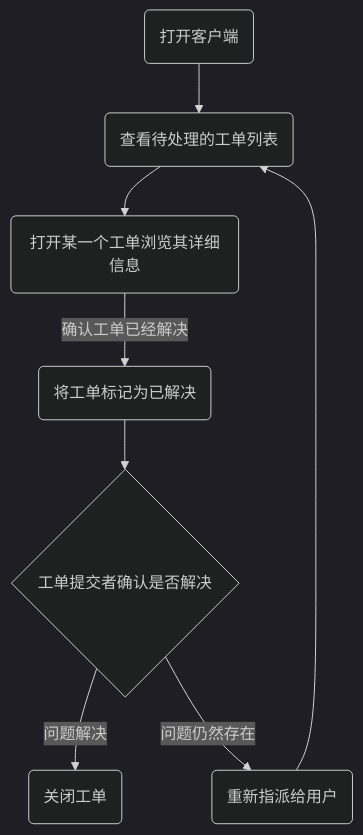
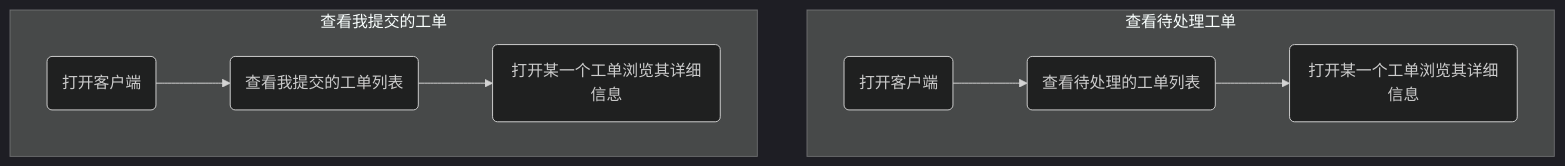
Before and after one commit to Pylogmon/committer: the third of 3 diagrams in docs/需求分析.md, drawn with Mermaid (dark theme). The commit also changed other lines of this file, not shown here.

Commit message:
docs: 更新需求文档

````diff
--- a/docs/需求分析.md
+++ b/docs/需求分析.md
@@ -100,10 +100,11 @@
 ```mermaid
 graph TB
-  start1(打开客户端) --> list(查看待处理的工单列表)
-  list --> view(打开某一个工单浏览其详细信息)
-  view --确认工单已经解决--> complete(将工单标记为已解决)
-  complete --> confirm{工单提交者确认是否解决}
-  confirm --问题解决--> close(关闭工单)
-  confirm --问题仍然存在--> assigned(重新指派给用户)
-  assigned --> list
+  subgraph 查看待处理工单
+  start1(打开客户端) --> list1(查看待处理的工单列表)
+  list1 --> view1(打开某一个工单浏览其详细信息)
+  end
+  subgraph 查看我提交的工单
+  start2(打开客户端) --> list2(查看我提交的工单列表)
+  list2 --> view2(打开某一个工单浏览其详细信息)
+  end
 ```
````
